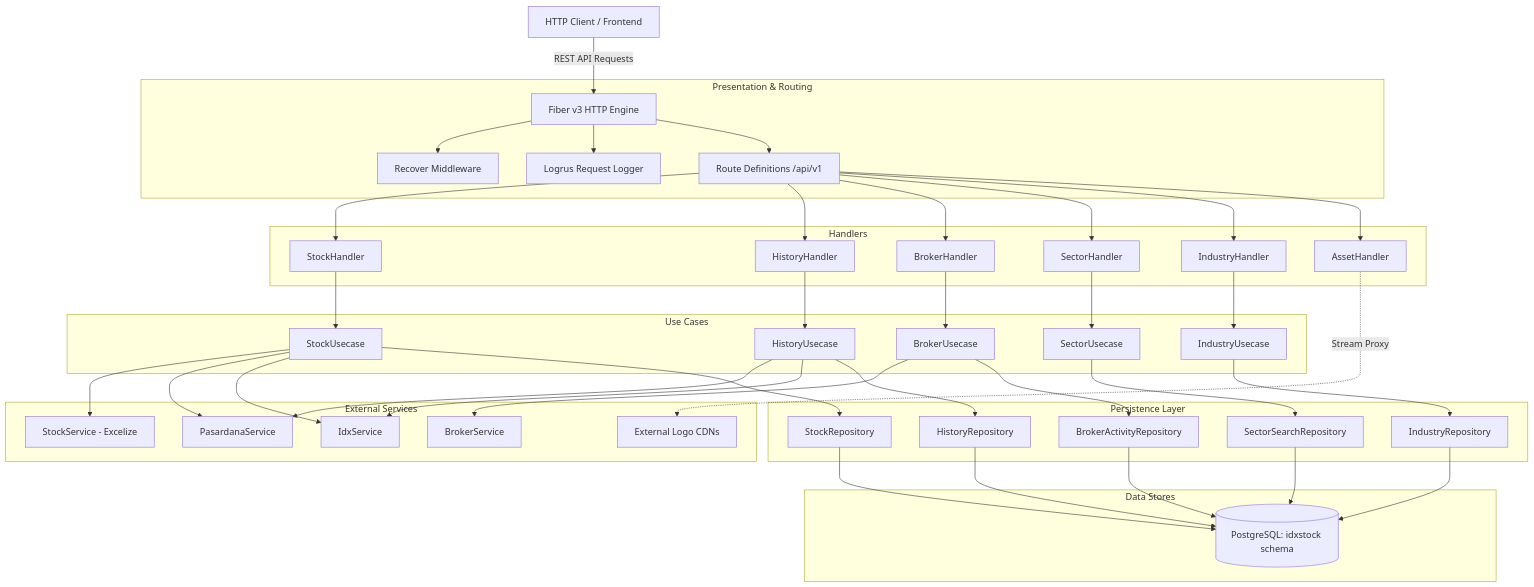
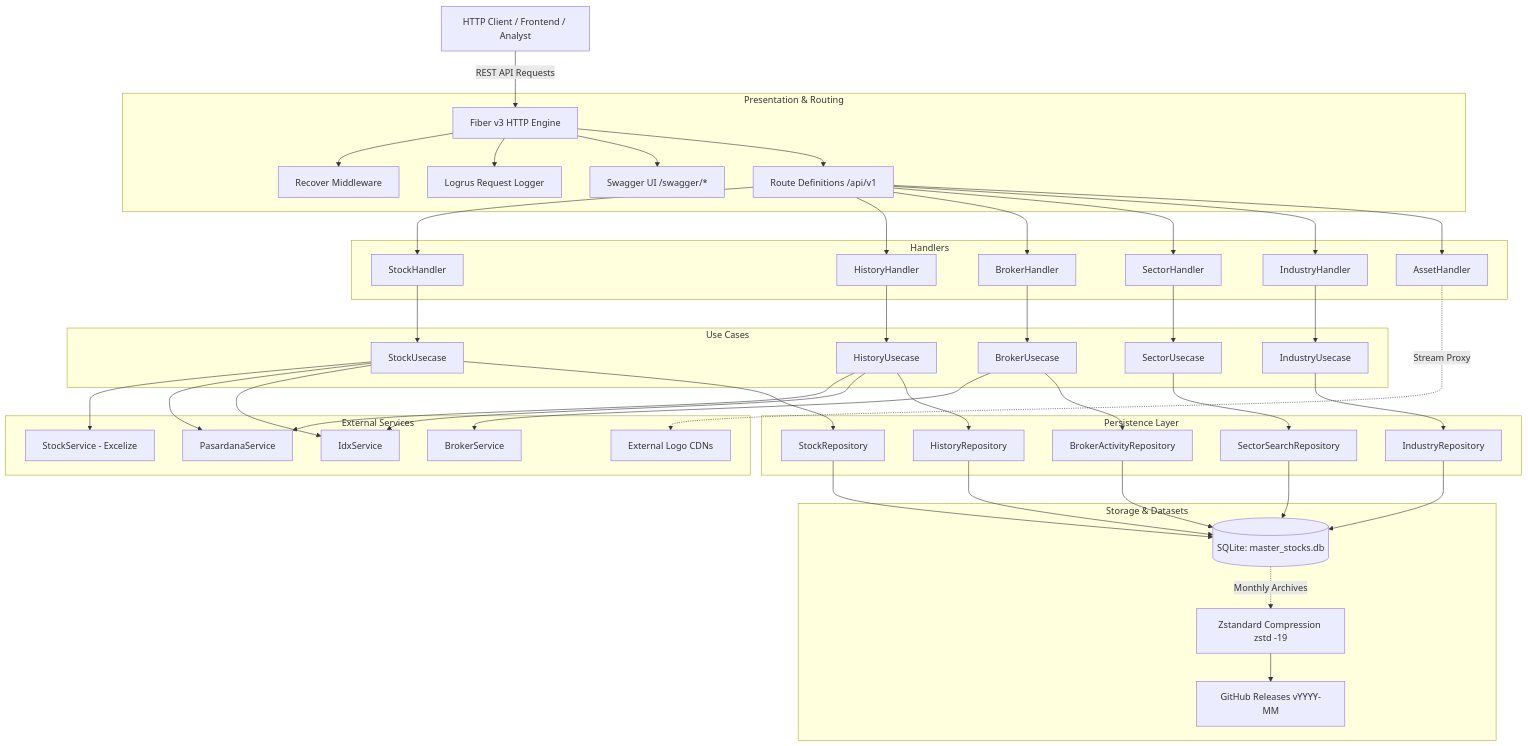
Before and after one commit to KAnggara75/IDXStock: the diagram in .context/ARCHITECTURE.md, drawn with Mermaid. The commit also changed other lines of this file and 28 other files, not shown here.

First line of the commit message:
feat(stock): implement get all stocks endpoint and sqlite master database

````diff
--- a/.context/ARCHITECTURE.md
+++ b/.context/ARCHITECTURE.md
@@ -19,53 +21,56 @@
 ```mermaid
 graph TD
-    Client[HTTP Client / Frontend] -->|REST API Requests| FiberApp[Fiber v3 HTTP Engine]
+    Client[HTTP Client / Frontend / Analyst] -->|REST API Requests| FiberApp[Fiber v3 HTTP Engine]
     
     subgraph Presentation & Routing
         FiberApp --> RecoverMW[Recover Middleware]
         FiberApp --> LoggerMW[Logrus Request Logger]
+        FiberApp --> Swagger[Swagger UI /swagger/*]
         FiberApp --> Routes[Route Definitions /api/v1]
     end
 
     subgraph Handlers
         Routes --> StockH[StockHandler]
         Routes --> HistoryH[HistoryHandler]
         Routes --> BrokerH[BrokerHandler]
         Routes --> SectorH[SectorHandler]
         Routes --> IndustryH[IndustryHandler]
         Routes --> AssetH[AssetHandler]
     end
 
     subgraph Use Cases
         StockH --> StockUC[StockUsecase]
         HistoryH --> HistoryUC[HistoryUsecase]
         BrokerH --> BrokerUC[BrokerUsecase]
         SectorH --> SectorUC[SectorUsecase]
         IndustryH --> IndustryUC[IndustryUsecase]
     end
 
     subgraph External Services
         StockUC --> ExcelSvc[StockService - Excelize]
         StockUC --> PasardanaSvc[PasardanaService]
         StockUC --> IdxSvc[IdxService]
         HistoryUC --> PasardanaSvc
         HistoryUC --> IdxSvc
         BrokerUC --> BrokerSvc[BrokerService]
         AssetH -.->|Stream Proxy| ExternalCDNs[External Logo CDNs]
     end
 
     subgraph Persistence Layer
         StockUC --> StockRepo[StockRepository]
         HistoryUC --> HistoryRepo[HistoryRepository]
         BrokerUC --> BrokerActRepo[BrokerActivityRepository]
         SectorUC --> SectorRepo[SectorSearchRepository]
         IndustryUC --> IndustryRepo[IndustryRepository]
     end
 
-    subgraph Data Stores
-        StockRepo --> PG[(PostgreSQL: idxstock schema)]
-        HistoryRepo --> PG
-        BrokerActRepo --> PG
-        SectorRepo --> PG
-        IndustryRepo --> PG
+    subgraph Storage & Datasets
+        StockRepo --> SQLite[(SQLite: master_stocks.db)]
+        HistoryRepo --> SQLite
+        BrokerActRepo --> SQLite
+        SectorRepo --> SQLite
+        IndustryRepo --> SQLite
+        SQLite -.->|Monthly Archives| Zstd[Zstandard Compression zstd -19]
+        Zstd --> GHReleases[GitHub Releases vYYYY-MM]
     end
 ```
````
